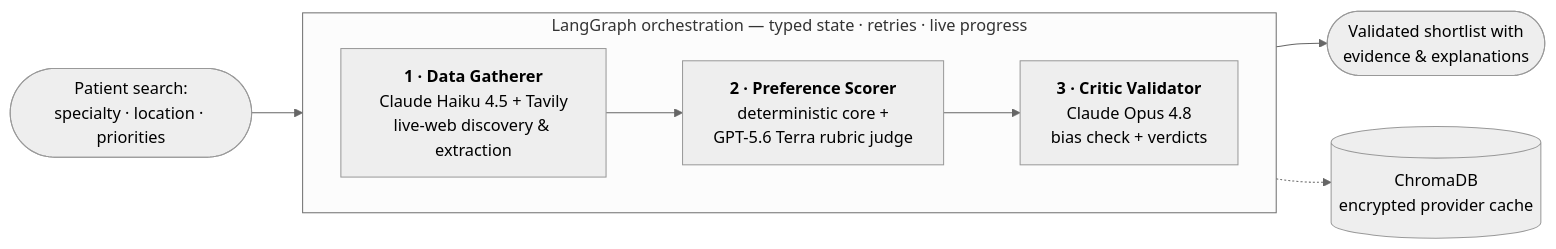
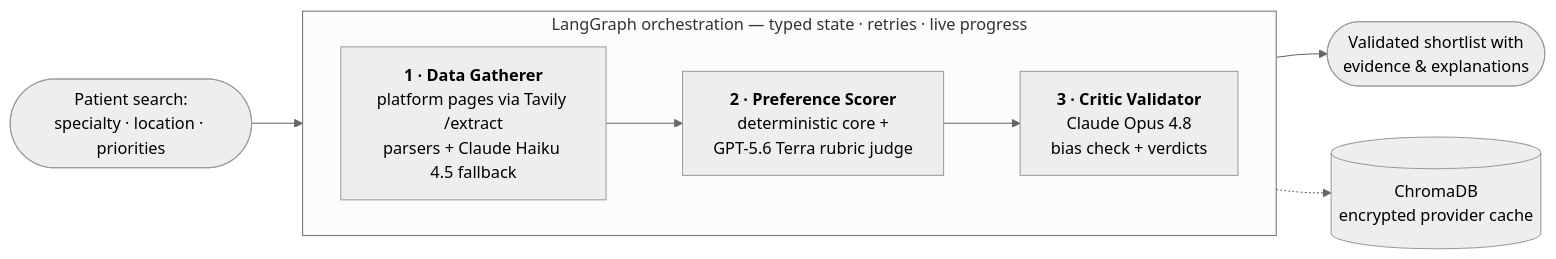
The first of 2 diagrams in README.md (sudhakargajapathy/CareCompass), drawn with Mermaid (neutral theme) before and after one commit. The commit also changed other lines of this file and 9 other files, not shown here.

First line of the commit message:
release: docs pass, v2 architecture diagram + weekly-report scoping (#7)

````diff
--- a/README.md
+++ b/README.md
@@ -70,13 +75,13 @@
 ```mermaid
 flowchart LR
     U(["Patient search:<br/>specialty · location · priorities"]) --> G
     subgraph LG["LangGraph orchestration — typed state · retries · live progress"]
         direction LR
-        G["<b>1 · Data Gatherer</b><br/>Claude Haiku 4.5 + Tavily<br/>live-web discovery & extraction"]
+        G["<b>1 · Data Gatherer</b><br/>platform pages via Tavily /extract<br/>parsers + Claude Haiku 4.5 fallback"]
         S["<b>2 · Preference Scorer</b><br/>deterministic core +<br/>GPT-5.6 Terra rubric judge"]
         C["<b>3 · Critic Validator</b><br/>Claude Opus 4.8<br/>bias check + verdicts"]
         G --> S --> C
     end
     C --> R(["Validated shortlist with<br/>evidence & explanations"])
     G -.-> DB[("ChromaDB<br/>encrypted provider cache")]
 ```
````
